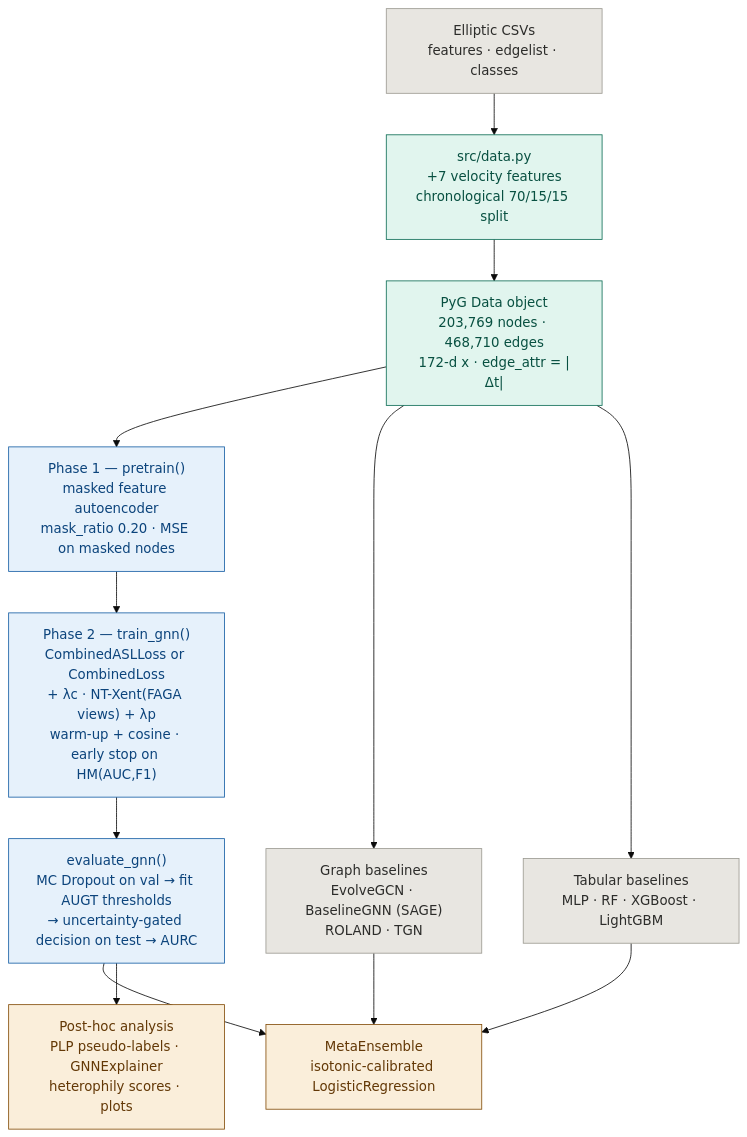
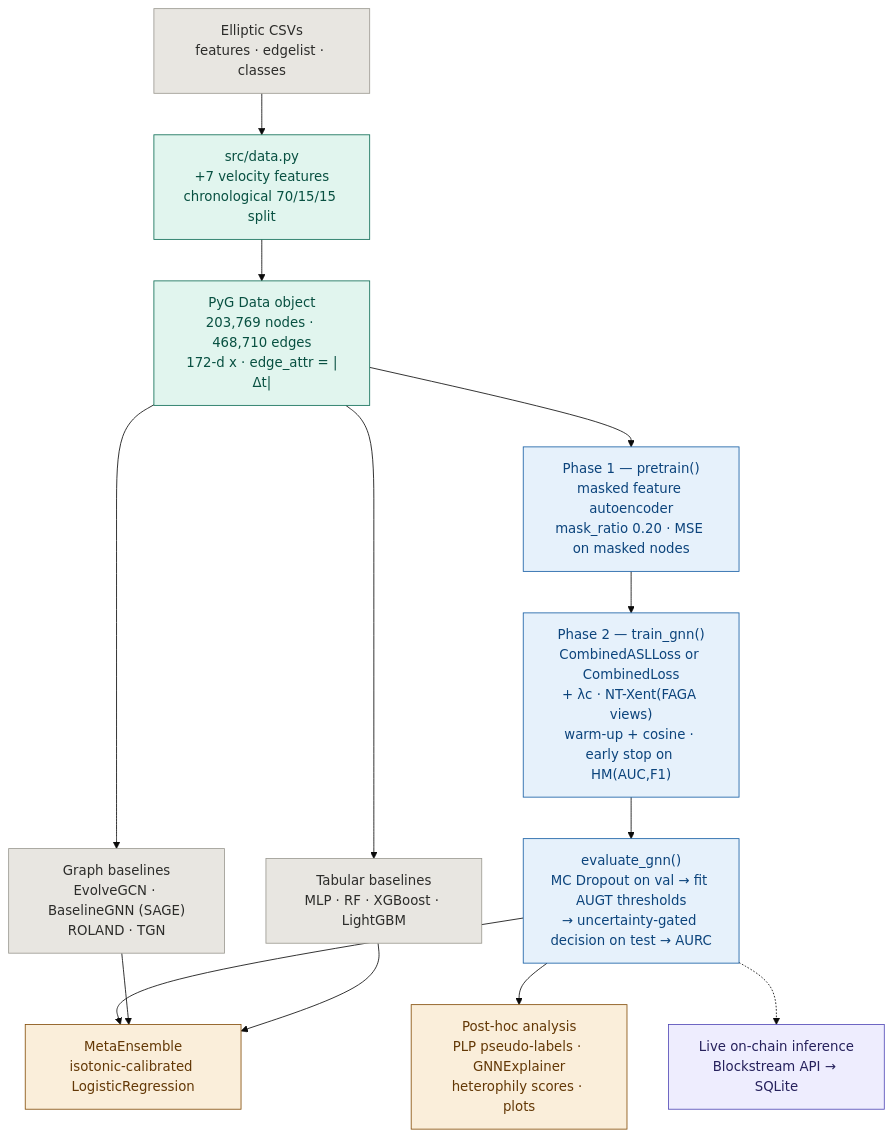
One commit to ria0304/Bitcoin-Transaction-Fraud-Detection- changed the first of 2 diagrams in README.md. Above: the diagram before and after it, drawn with Mermaid (base theme). The commit also changed other lines of this file, not shown here.

````diff
--- a/README.md
+++ b/README.md
@@ -101,27 +138,30 @@
 ```mermaid
 flowchart TD
     A["Elliptic CSVs<br/>features · edgelist · classes"]:::gray
     B["src/data.py<br/>+7 velocity features<br/>chronological 70/15/15 split"]:::teal
     C["PyG Data object<br/>203,769 nodes · 468,710 edges<br/>172-d x · edge_attr = |Δt|"]:::teal
     D["Phase 1 — pretrain()<br/>masked feature autoencoder<br/>mask_ratio 0.20 · MSE on masked nodes"]:::blue
-    E["Phase 2 — train_gnn()<br/>CombinedASLLoss or CombinedLoss<br/>+ λc · NT-Xent(FAGA views) + λp<br/>warm-up + cosine · early stop on HM(AUC,F1)"]:::blue
+    E["Phase 2 — train_gnn()<br/>CombinedASLLoss or CombinedLoss<br/>+ λc · NT-Xent(FAGA views)<br/>warm-up + cosine · early stop on HM(AUC,F1)"]:::blue
     F["evaluate_gnn()<br/>MC Dropout on val → fit AUGT thresholds<br/>→ uncertainty-gated decision on test → AURC"]:::blue
     G["Graph baselines<br/>EvolveGCN · BaselineGNN (SAGE)<br/>ROLAND · TGN"]:::gray
     H["Tabular baselines<br/>MLP · RF · XGBoost · LightGBM"]:::gray
     I["MetaEnsemble<br/>isotonic-calibrated LogisticRegression"]:::amber
     J["Post-hoc analysis<br/>PLP pseudo-labels · GNNExplainer<br/>heterophily scores · plots"]:::amber
+    K["Live on-chain inference<br/>Blockstream API → SQLite"]:::purple
 
     A --> B --> C
     C --> D --> E --> F
     C --> G
     C --> H
     F --> I
     G --> I
     H --> I
     F --> J
+    F -.-> K
 
     classDef gray   fill:#e8e6e1,stroke:#9c9a92,color:#2C2C2A
     classDef teal   fill:#E1F5EE,stroke:#0F6E56,color:#085041
     classDef blue   fill:#E6F1FB,stroke:#185FA5,color:#0C447C
     classDef amber  fill:#FAEEDA,stroke:#854F0B,color:#633806
+    classDef purple fill:#EEEDFE,stroke:#534AB7,color:#26215C
 ```
````
